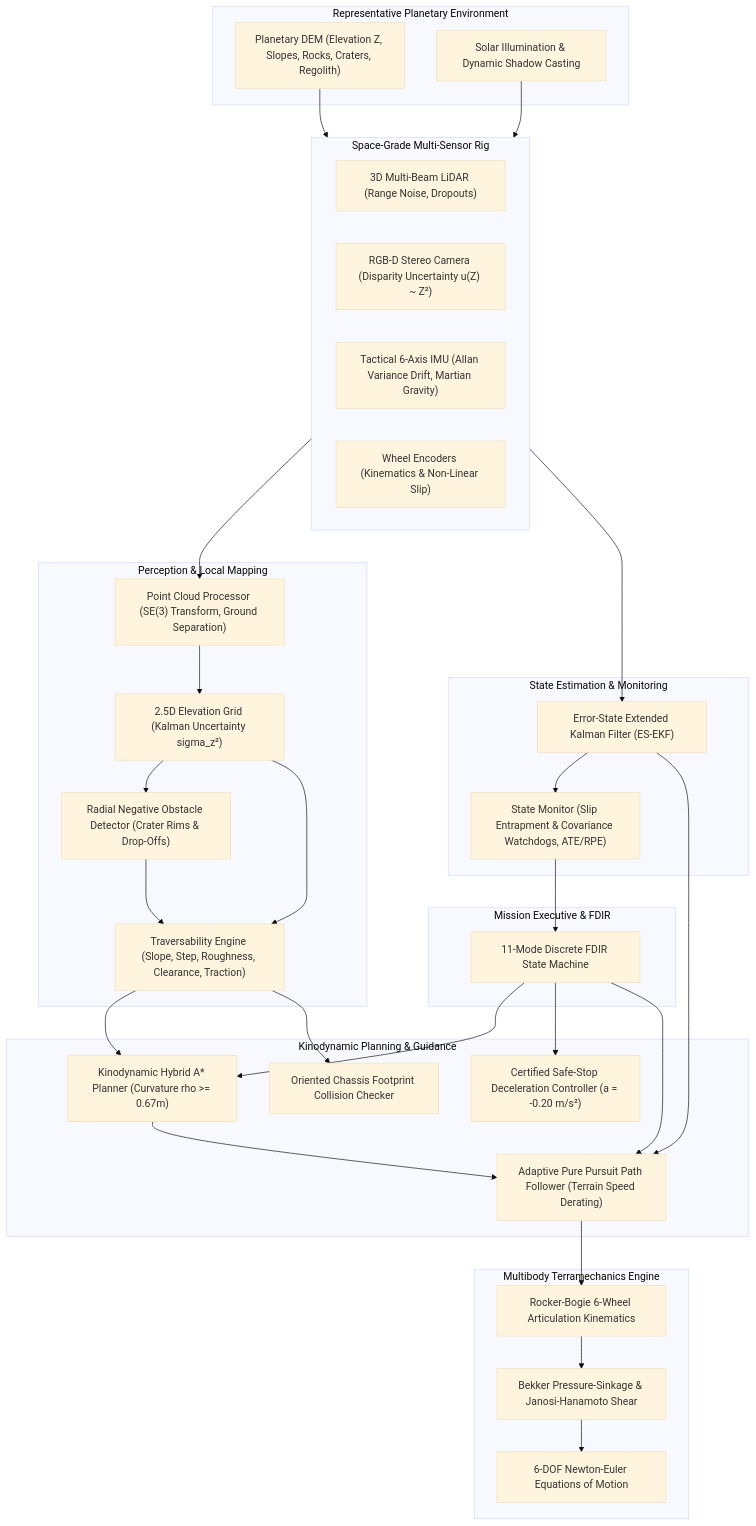
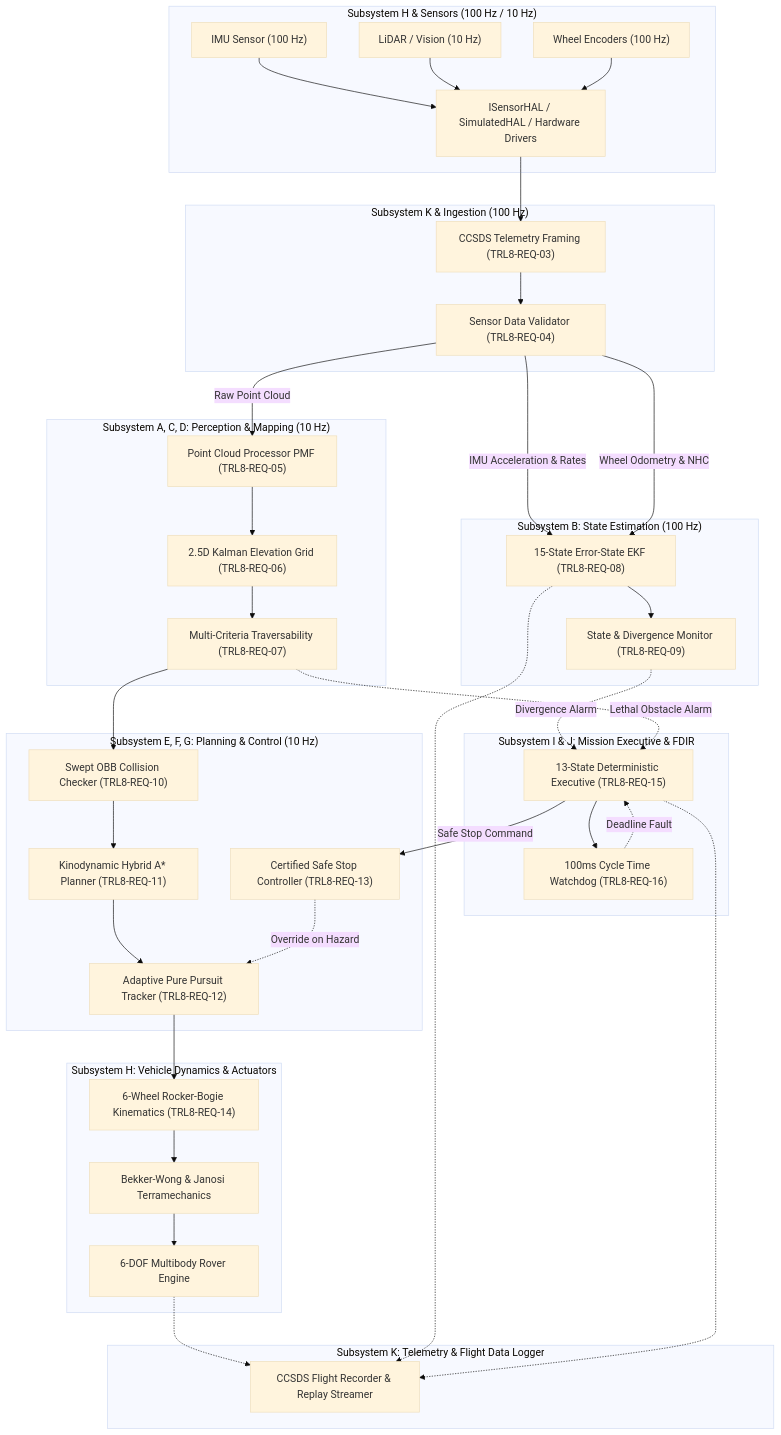
One commit to ananya39836-blip/apps-mars-perception changed the diagram in docs/SYSTEM_ARCHITECTURE.md. Above: the diagram before and after it, drawn with Mermaid (base theme). The commit also changed other lines of this file and 12 other files, not shown here.

Commit message:
feat(trl8): baseline TRL 8 architecture, requirements, and hardware configuration

````diff
--- a/docs/SYSTEM_ARCHITECTURE.md
+++ b/docs/SYSTEM_ARCHITECTURE.md
@@ -14,64 +27,69 @@
 ```mermaid
 flowchart TD
-    subgraph Env["Representative Planetary Environment"]
-        Terrain["Planetary DEM (Elevation Z, Slopes, Rocks, Craters, Regolith)"]
-        Lighting["Solar Illumination & Dynamic Shadow Casting"]
+    subgraph SENSORS_AND_HAL["Subsystem H & Sensors (100 Hz / 10 Hz)"]
+        IMU["IMU Sensor (100 Hz)"]
+        LIDAR["LiDAR / Vision (10 Hz)"]
+        ENC["Wheel Encoders (100 Hz)"]
+        HAL["ISensorHAL / SimulatedHAL / Hardware Drivers"]
+        IMU --> HAL
+        LIDAR --> HAL
+        ENC --> HAL
     end
 
-    subgraph Sensors["Space-Grade Multi-Sensor Rig"]
-        LiDAR["3D Multi-Beam LiDAR (Range Noise, Dropouts)"]
-        Camera["RGB-D Stereo Camera (Disparity Uncertainty u(Z) ~ Z²)"]
-        IMU["Tactical 6-Axis IMU (Allan Variance Drift, Martian Gravity)"]
-        Odom["Wheel Encoders (Kinematics & Non-Linear Slip)"]
+    subgraph INGESTION["Subsystem K & Ingestion (100 Hz)"]
+        VAL["Sensor Data Validator (TRL8-REQ-04)"]
+        CCSDS["CCSDS Telemetry Framing (TRL8-REQ-03)"]
+        HAL --> CCSDS --> VAL
     end
 
-    subgraph Perception["Perception & Local Mapping"]
-        PCProc["Point Cloud Processor (SE(3) Transform, Ground Separation)"]
-        ElevMap["2.5D Elevation Grid (Kalman Uncertainty sigma_z²)"]
-        NegObs["Radial Negative Obstacle Detector (Crater Rims & Drop-Offs)"]
-        Trav["Traversability Engine (Slope, Step, Roughness, Clearance, Traction)"]
+    subgraph STATE_ESTIMATION["Subsystem B: State Estimation (100 Hz)"]
+        EKF["15-State Error-State EKF (TRL8-REQ-08)"]
+        MON["State & Divergence Monitor (TRL8-REQ-09)"]
+        VAL -->|IMU Acceleration & Rates| EKF
+        VAL -->|Wheel Odometry & NHC| EKF
+        EKF --> MON
     end
 
-    subgraph Localization["State Estimation & Monitoring"]
-        ESEKF["Error-State Extended Kalman Filter (ES-EKF)"]
-        Mon["State Monitor (Slip Entrapment & Covariance Watchdogs, ATE/RPE)"]
+    subgraph PERCEPTION_MAPPING["Subsystem A, C, D: Perception & Mapping (10 Hz)"]
+        PC["Point Cloud Processor PMF (TRL8-REQ-05)"]
+        ELEV["2.5D Kalman Elevation Grid (TRL8-REQ-06)"]
+        TRAV["Multi-Criteria Traversability (TRL8-REQ-07)"]
+        VAL -->|Raw Point Cloud| PC
+        PC --> ELEV --> TRAV
     end
 
-    subgraph Planning["Kinodynamic Planning & Guidance"]
-        Planner["Kinodynamic Hybrid A* Planner (Curvature rho >= 0.67m)"]
-        Checker["Oriented Chassis Footprint Collision Checker"]
-        Tracker["Adaptive Pure Pursuit Path Follower (Terrain Speed Derating)"]
-        SafeStop["Certified Safe-Stop Deceleration Controller (a = -0.20 m/s²)"]
+    subgraph PLANNING_CONTROL["Subsystem E, F, G: Planning & Control (10 Hz)"]
+        COLL["Swept OBB Collision Checker (TRL8-REQ-10)"]
+        PLAN["Kinodynamic Hybrid A* Planner (TRL8-REQ-11)"]
+        TRACK["Adaptive Pure Pursuit Tracker (TRL8-REQ-12)"]
+        STOP["Certified Safe Stop Controller (TRL8-REQ-13)"]
+        
+        TRAV --> COLL --> PLAN
+        PLAN --> TRACK
+        STOP -.->|Override on Hazard| TRACK
     end
 
-    subgraph Executive["Mission Executive & FDIR"]
-        FSM["11-Mode Discrete FDIR State Machine"]
+    subgraph MISSION_FDIR["Subsystem I & J: Mission Executive & FDIR"]
+        FDIR["13-State Deterministic Executive (TRL8-REQ-15)"]
+        WDOG["100ms Cycle Time Watchdog (TRL8-REQ-16)"]
+        FDIR --> WDOG
+        MON -.->|Divergence Alarm| FDIR
+        TRAV -.->|Lethal Obstacle Alarm| FDIR
+        WDOG -.->|Deadline Fault| FDIR
+        FDIR -->|Safe Stop Command| STOP
     end
 
-    subgraph Dynamics["Multibody Terramechanics Engine"]
-        RockerBogie["Rocker-Bogie 6-Wheel Articulation Kinematics"]
-        Terramechanics["Bekker Pressure-Sinkage & Janosi-Hanamoto Shear"]
-        NewtonEuler["6-DOF Newton-Euler Equations of Motion"]
+    subgraph ACTUATION_DYNAMICS["Subsystem H: Vehicle Dynamics & Actuators"]
+        BOGIE["6-Wheel Rocker-Bogie Kinematics (TRL8-REQ-14)"]
+        TERRA["Bekker-Wong & Janosi Terramechanics"]
+        ROVER["6-DOF Multibody Rover Engine"]
+        TRACK --> BOGIE --> TERRA --> ROVER
     end
 
-    Terrain --> Sensors
-    Lighting --> Sensors
-    Sensors --> PCProc
-    Sensors --> ESEKF
-    PCProc --> ElevMap
-    ElevMap --> NegObs
-    ElevMap --> Trav
-    NegObs --> Trav
-    ESEKF --> Mon
-    Mon --> FSM
-    Trav --> Planner
-    Trav --> Checker
-    ESEKF --> Tracker
-    Planner --> Tracker
-    Tracker --> RockerBogie
-    RockerBogie --> Terramechanics
-    Terramechanics --> NewtonEuler
-    FSM --> Planner
-    FSM --> SafeStop
-    FSM --> Tracker
+    subgraph TELEMETRY_LOGGER["Subsystem K: Telemetry & Flight Data Logger"]
+        LOG["CCSDS Flight Recorder & Replay Streamer"]
+        ROVER -.-> LOG
+        EKF -.-> LOG
+        FDIR -.-> LOG
+    end
 ```
````
